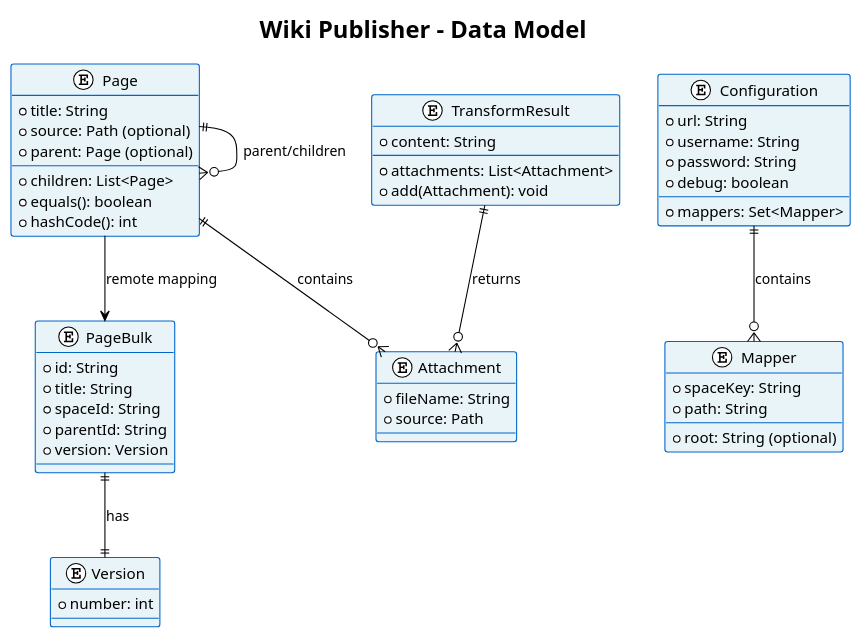
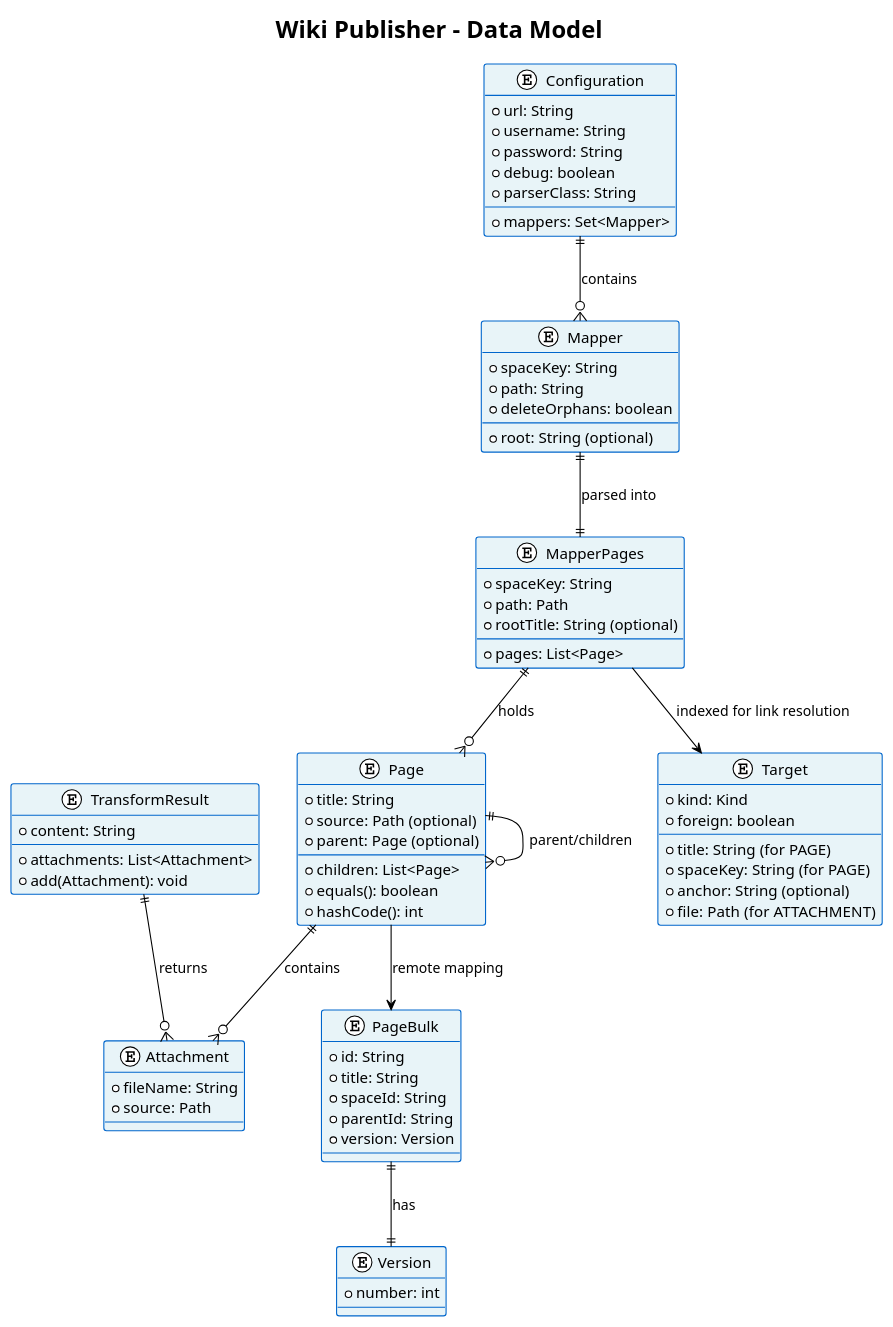
The diagram in wiki-publisher/src/main/docs/plantuml/data_model.puml (huber-and/atlassian-tools), drawn with PlantUML before and after one commit. The commit also changed 8 other files, not shown here.

```diff
--- a/wiki-publisher/src/main/docs/plantuml/data_model.puml
+++ b/wiki-publisher/src/main/docs/plantuml/data_model.puml
@@ -1,68 +1,91 @@
 @startuml data_model
 !theme plain
 title Wiki Publisher - Data Model
 
 skinparam classBackgroundColor #E8F4F8
 skinparam classBorderColor #0066CC
 
 entity Page {
   *title: String
   *source: Path (optional)
   *parent: Page (optional)
   --
   *children: List<Page>
   +equals(): boolean
   +hashCode(): int
 }
 
 entity Attachment {
   *fileName: String
   *source: Path
 }
 
 entity Configuration {
   *url: String
   *username: String
   *password: String
   *debug: boolean
+  *parserClass: String
   --
   *mappers: Set<Mapper>
 }
 
 entity Mapper {
   *spaceKey: String
   *root: String (optional)
   *path: String
+  *deleteOrphans: boolean
+}
+
+entity MapperPages {
+  *spaceKey: String
+  *path: Path
+  *rootTitle: String (optional)
+  --
+  *pages: List<Page>
+}
+
+entity Target {
+  *kind: Kind
+  *title: String (for PAGE)
+  *spaceKey: String (for PAGE)
+  *foreign: boolean
+  *anchor: String (optional)
+  *file: Path (for ATTACHMENT)
 }
 
 entity TransformResult {
   *content: String
   --
   *attachments: List<Attachment>
   +add(Attachment): void
 }
 
 entity PageBulk {
   *id: String
   *title: String
   *spaceId: String
   *parentId: String
   *version: Version
 }
 
 entity Version {
   *number: int
 }
 
 Page ||--o{ Page: parent/children
 Page ||--o{ Attachment: contains
 
 Configuration ||--o{ Mapper: contains
 
+Mapper ||--|| MapperPages: parsed into
+MapperPages ||--o{ Page: holds
+MapperPages --> Target: indexed for link resolution
+
 TransformResult ||--o{ Attachment: returns
 
 PageBulk ||--|| Version: has
 
 Page --> PageBulk: remote mapping
 
 @enduml
```
